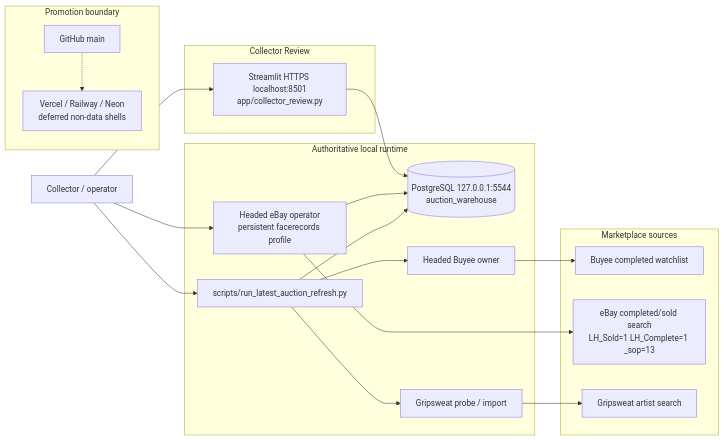
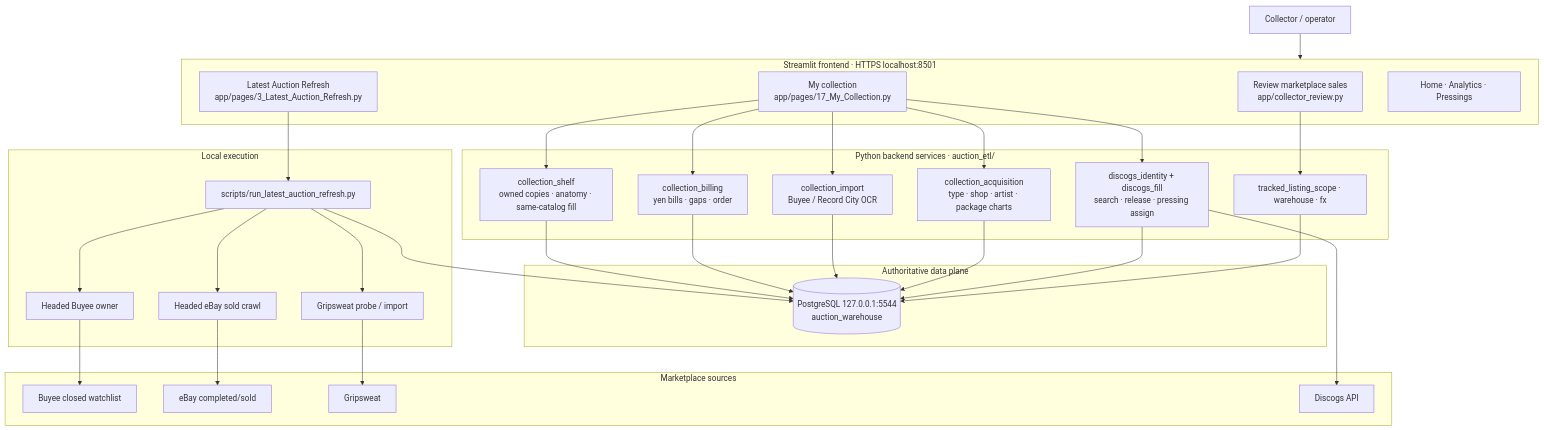
The first of 3 diagrams in README.md (TomWang22/auction-etl), drawn with Mermaid before and after one commit. The commit also changed other lines of this file and 48 other files, not shown here.

First line of the commit message:
Ship My collection panels with folded artists, package charts, and catalog-first saves.

````diff
--- a/README.md
+++ b/README.md
@@ -52,40 +52,61 @@
 ```mermaid
-flowchart LR
+flowchart TB
     Operator["Collector / operator"]
 
-    subgraph Review["Collector Review"]
-        UI["Streamlit HTTPS localhost:8501<br/>app/collector_review.py"]
+    subgraph UI["Streamlit frontend · HTTPS localhost:8501"]
+        Review["Review marketplace sales<br/>app/collector_review.py"]
+        Collection["My collection<br/>app/pages/17_My_Collection.py"]
+        RefreshUI["Latest Auction Refresh<br/>app/pages/3_Latest_Auction_Refresh.py"]
+        Home["Home · Analytics · Pressings"]
     end
 
-    subgraph Local["Authoritative local runtime"]
+    subgraph Services["Python backend services · auction_etl/"]
+        Shelf["collection_shelf<br/>owned copies · anatomy · same-catalog fill"]
+        Billing["collection_billing<br/>yen bills · gaps · order"]
+        Import["collection_import<br/>Buyee / Record City OCR"]
+        Acquire["collection_acquisition<br/>type · shop · artist · package charts"]
+        Identity["discogs_identity + discogs_fill<br/>search · release · pressing assign"]
+        Scope["tracked_listing_scope · warehouse · fx"]
+    end
+
+    subgraph Data["Authoritative data plane"]
         DB[("PostgreSQL 127.0.0.1:5544<br/>auction_warehouse")]
+    end
+
+    subgraph Execution["Local execution"]
         Refresh["scripts/run_latest_auction_refresh.py"]
-        EbayOp["Headed eBay operator<br/>persistent facerecords profile"]
+        EbayOp["Headed eBay sold crawl"]
         BuyeeOwner["Headed Buyee owner"]
         Gripsweat["Gripsweat probe / import"]
     end
 
     subgraph Sources["Marketplace sources"]
-        Buyee["Buyee completed watchlist"]
-        Ebay["eBay completed/sold search<br/>LH_Sold=1 LH_Complete=1 _sop=13"]
-        Grip["Gripsweat artist search"]
-    end
-
-    subgraph Promotion["Promotion boundary"]
-        Git["GitHub main"]
-        Cloud["Vercel / Railway / Neon<br/>deferred non-data shells"]
+        Buyee["Buyee closed watchlist"]
+        Ebay["eBay completed/sold"]
+        Grip["Gripsweat"]
+        Discogs["Discogs API"]
     end
 
     Operator --> UI
-    UI --> DB
-    Operator --> EbayOp
-    EbayOp --> Ebay
-    EbayOp --> DB
-    Operator --> Refresh
+    Review --> Scope
+    Collection --> Shelf
+    Collection --> Billing
+    Collection --> Import
+    Collection --> Acquire
+    Collection --> Identity
+    RefreshUI --> Refresh
+    Shelf --> DB
+    Billing --> DB
+    Import --> DB
+    Acquire --> DB
+    Identity --> Discogs
+    Identity --> DB
+    Scope --> DB
     Refresh --> BuyeeOwner
+    Refresh --> EbayOp
     Refresh --> Gripsweat
     BuyeeOwner --> Buyee
+    EbayOp --> Ebay
     Gripsweat --> Grip
     Refresh --> DB
-    Git -.-> Cloud
 ```
````
